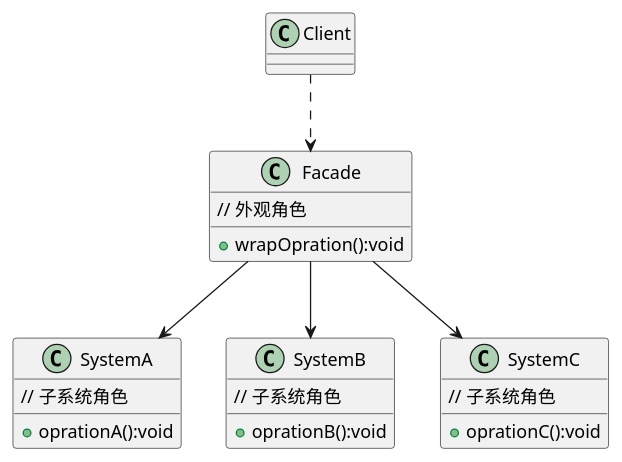
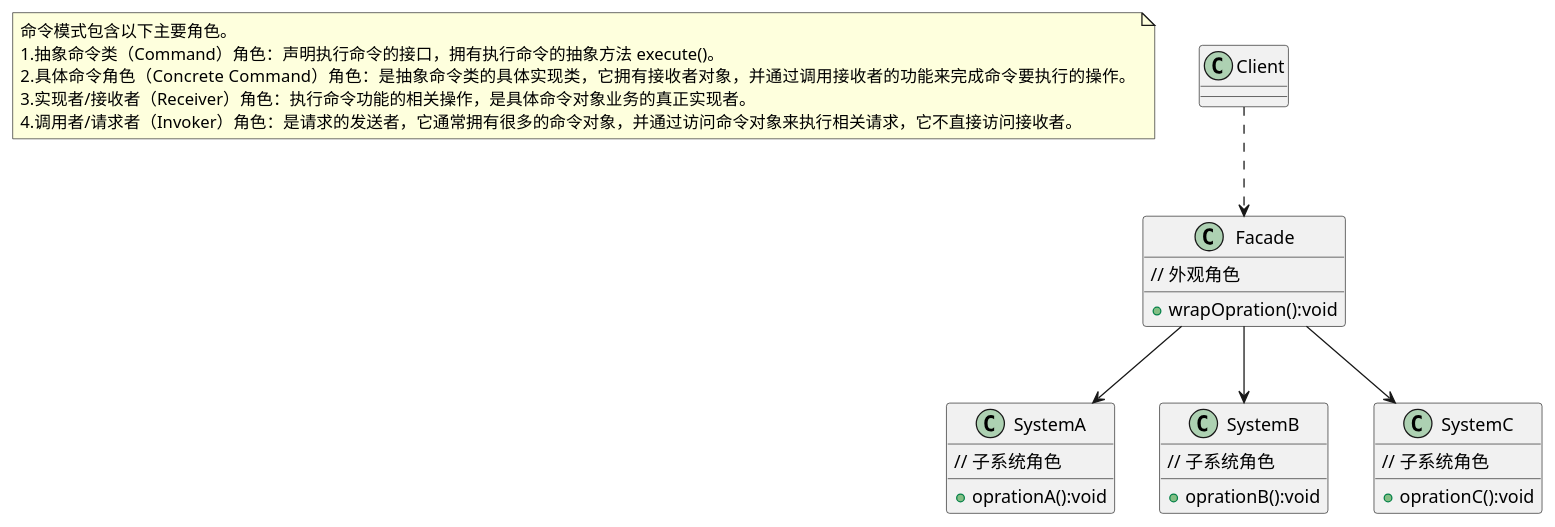
One commit to 1wang1/design-patterns changed the diagram in doc/行为型模式/命令模式-类图(4分).puml. Above: the diagram before and after it, drawn with PlantUML. The commit also changed 1 other file, not shown here.

```diff
--- a/doc/行为型模式/命令模式-类图(4分).puml
+++ b/doc/行为型模式/命令模式-类图(4分).puml
@@ -1,31 +1,37 @@
 @startuml
-
+note as command
+命令模式包含以下主要角色。
+1.抽象命令类（Command）角色：声明执行命令的接口，拥有执行命令的抽象方法 execute()。
+2.具体命令角色（Concrete    Command）角色：是抽象命令类的具体实现类，它拥有接收者对象，并通过调用接收者的功能来完成命令要执行的操作。
+3.实现者/接收者（Receiver）角色：执行命令功能的相关操作，是具体命令对象业务的真正实现者。
+4.调用者/请求者（Invoker）角色：是请求的发送者，它通常拥有很多的命令对象，并通过访问命令对象来执行相关请求，它不直接访问接收者。
+end note
 class Client{
 }
 class Facade{
 // 外观角色
 + wrapOpration():void
 }
 
 class SystemA{
 // 子系统角色
 + oprationA():void
 }
 class SystemB{
 // 子系统角色
 + oprationB():void
 }
 
 class SystemC{
 // 子系统角色
 + oprationC():void
 }
 
 Client ..> Facade
 Facade --> SystemA
 Facade --> SystemB
 Facade --> SystemC
 
 
 
 @enduml
```
